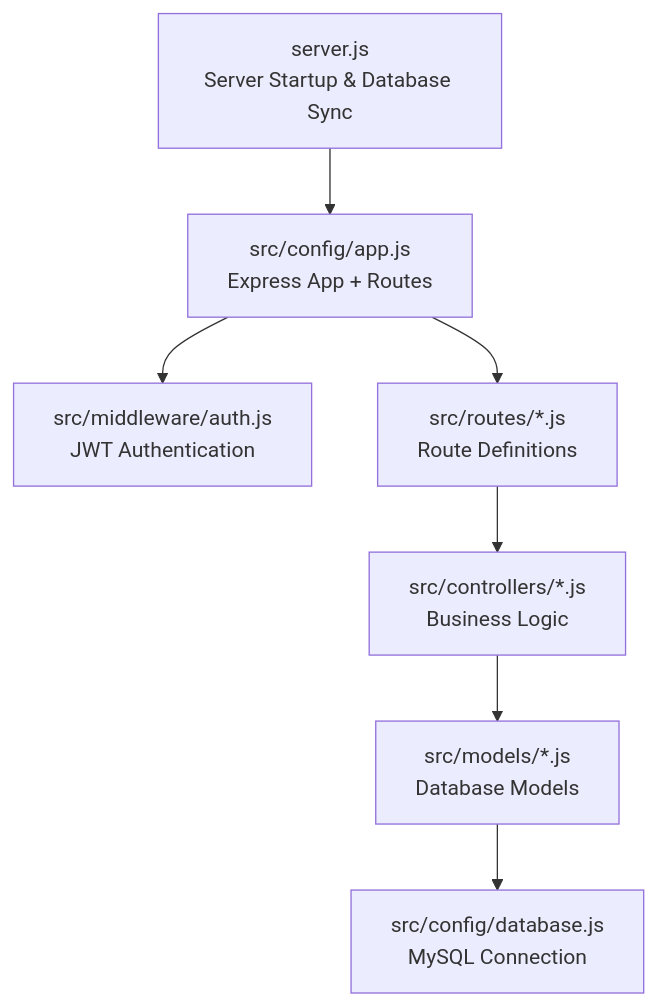
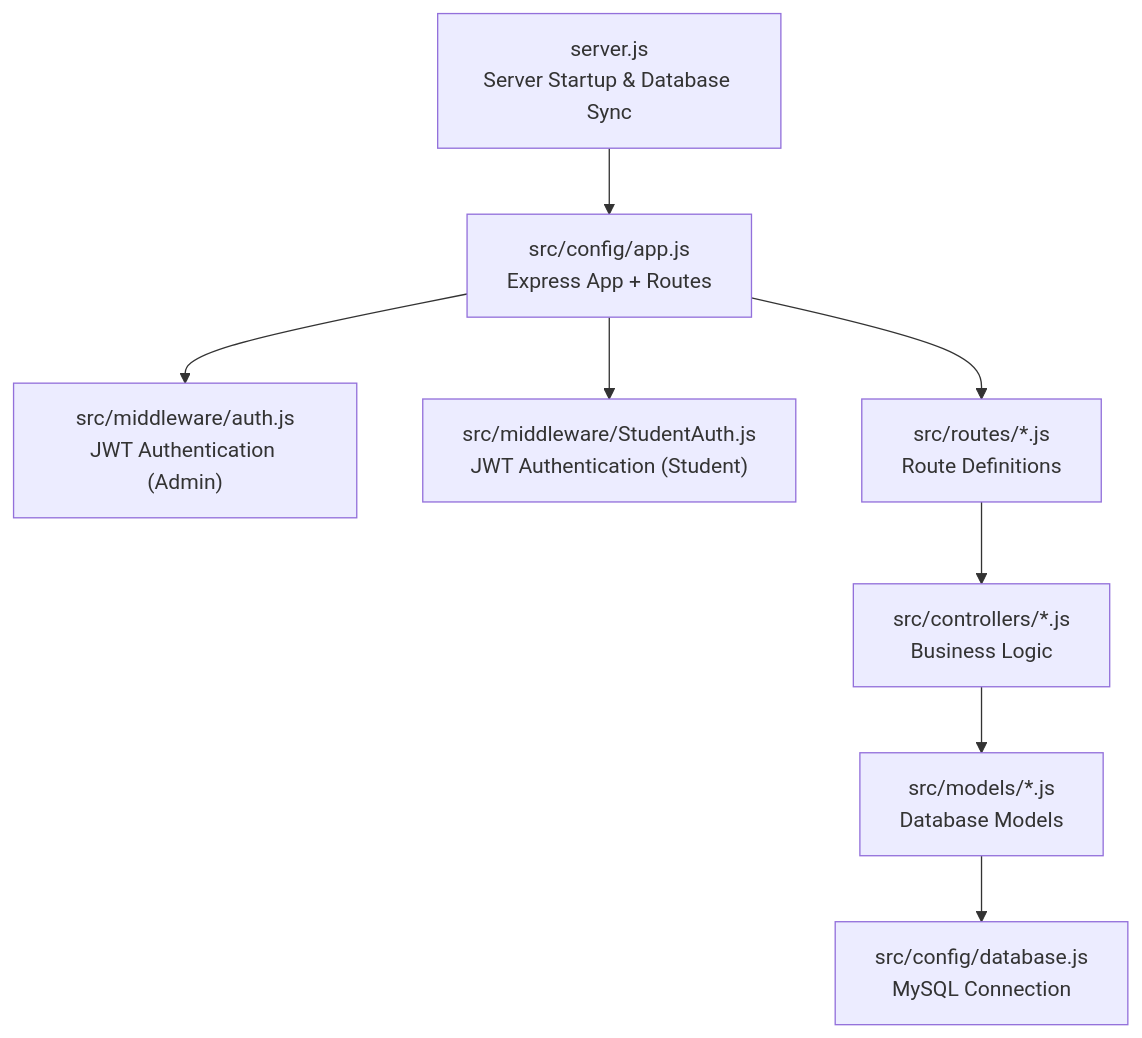
Before and after one commit to Mreng78/khirocom_project: the first of 3 diagrams in .qoder/repowiki/en/content/API Endpoints Reference.md, drawn with Mermaid. The commit also changed other lines of this file and 17 other files, not shown here.

````diff
--- a/.qoder/repowiki/en/content/API Endpoints Reference.md
+++ b/.qoder/repowiki/en/content/API Endpoints Reference.md
@@ -68,9 +72,10 @@
 ```mermaid
 graph TB
 Server["server.js<br/>Server Startup & Database Sync"] --> AppCfg["src/config/app.js<br/>Express App + Routes"]
-AppCfg --> Auth["src/middleware/auth.js<br/>JWT Authentication"]
+AppCfg --> Auth["src/middleware/auth.js<br/>JWT Authentication (Admin)"]
+AppCfg --> StudentAuth["src/middleware/StudentAuth.js<br/>JWT Authentication (Student)"]
 AppCfg --> Routes["src/routes/*.js<br/>Route Definitions"]
 Routes --> Controllers["src/controllers/*.js<br/>Business Logic"]
 Controllers --> Models["src/models/*.js<br/>Database Models"]
 Models --> DB["src/config/database.js<br/>MySQL Connection"]
 ```
````
